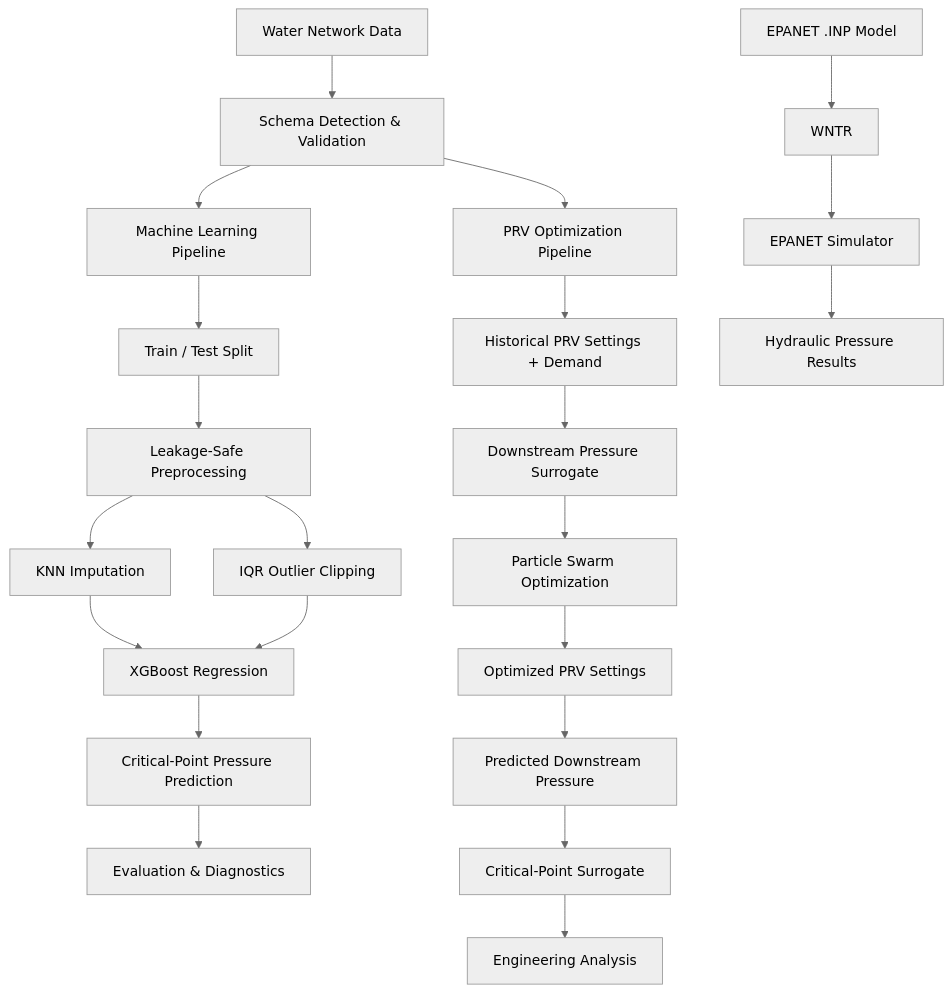
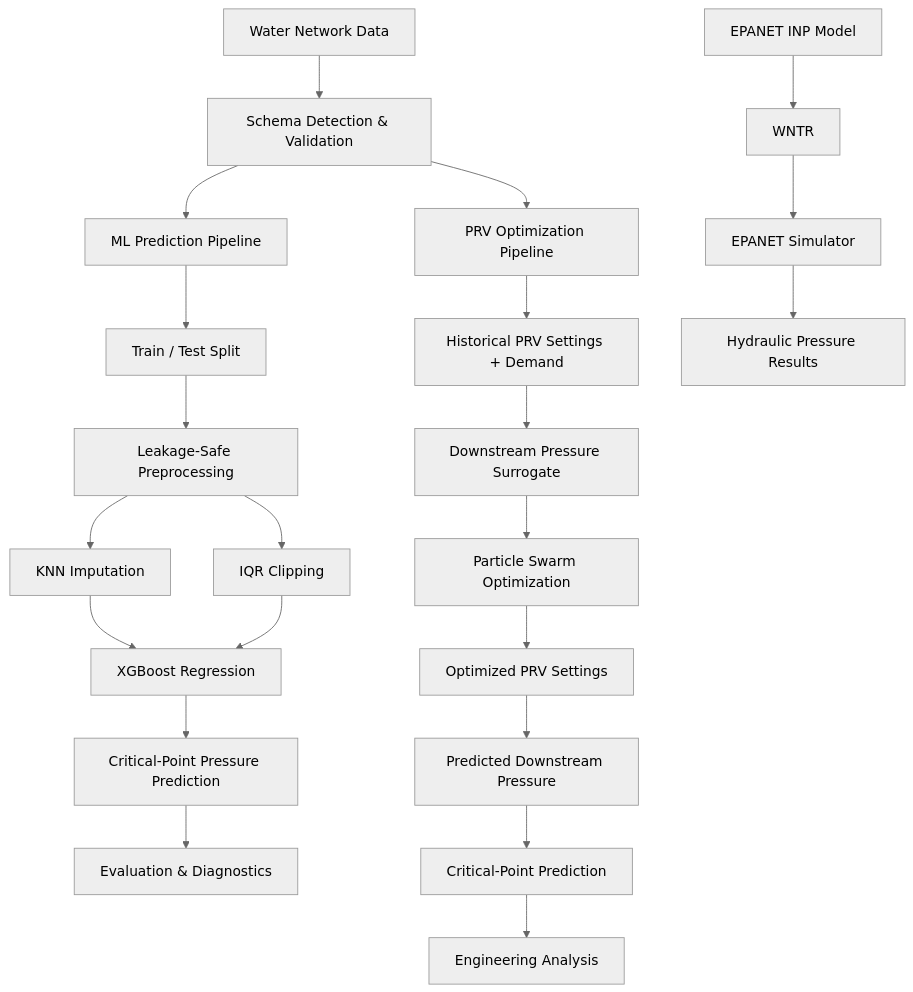
The first of 9 diagrams in README.md (mahmmooudian/water-network-ai-analyzer), drawn with Mermaid (neutral theme) before and after one commit. The commit also changed other lines of this file, not shown here.

````diff
--- a/README.md
+++ b/README.md
@@ -98,31 +89,28 @@
 ```mermaid
 flowchart TD
     A[Water Network Data] --> B[Schema Detection & Validation]
 
-    B --> C[Machine Learning Pipeline]
+    B --> C[ML Prediction Pipeline]
     B --> D[PRV Optimization Pipeline]
 
     C --> E[Train / Test Split]
     E --> F[Leakage-Safe Preprocessing]
     F --> G[KNN Imputation]
-    F --> H[IQR Outlier Clipping]
-
+    F --> H[IQR Clipping]
     G --> I[XGBoost Regression]
     H --> I
-
     I --> J[Critical-Point Pressure Prediction]
     J --> K[Evaluation & Diagnostics]
 
     D --> L[Historical PRV Settings + Demand]
     L --> M[Downstream Pressure Surrogate]
     M --> N[Particle Swarm Optimization]
-
     N --> O[Optimized PRV Settings]
     O --> P[Predicted Downstream Pressure]
-    P --> Q[Critical-Point Surrogate]
+    P --> Q[Critical-Point Prediction]
     Q --> R[Engineering Analysis]
 
-    S[EPANET .INP Model] --> T[WNTR]
+    S[EPANET INP Model] --> T[WNTR]
     T --> U[EPANET Simulator]
     U --> V[Hydraulic Pressure Results]
 ```
````
